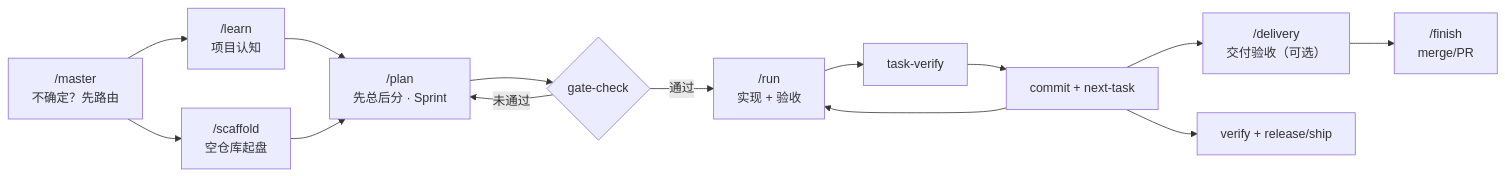
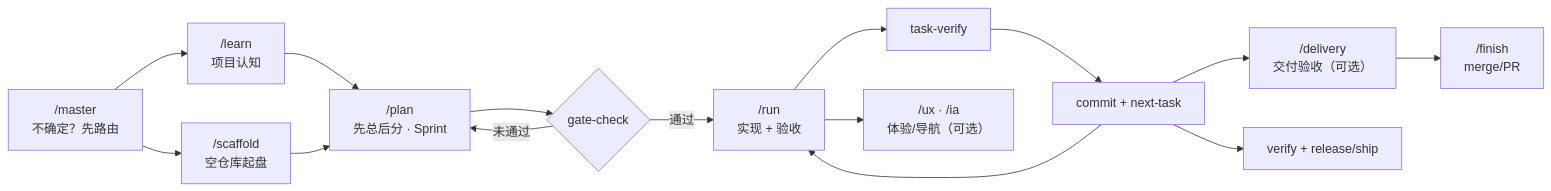
One commit to wangqiqi/cursor-ai changed the diagram in README.md. Above: the diagram before and after it, drawn with Mermaid. The commit also changed other lines of this file and 56 other files, not shown here.

````diff
--- a/README.md
+++ b/README.md
@@ -68,16 +69,17 @@
 ```mermaid
 flowchart LR
   A["/master<br/>不确定？先路由"] --> B["/scaffold<br/>空仓库起盘"]
   A --> C["/learn<br/>项目认知"]
   C --> D["/plan<br/>先总后分 · Sprint"]
   B --> D
   D --> E{"gate-check"}
   E -->|通过| F["/run<br/>实现 + 验收"]
   E -->|未通过| D
   F --> G["task-verify"]
   G --> H["commit + next-task"]
   H --> F
+  F --> U["/ux · /ia<br/>体验/导航（可选）"]
   H --> J["/delivery<br/>交付验收（可选）"]
   J --> K["/finish<br/>merge/PR"]
   H --> I["verify + release/ship"]
 ```
````
